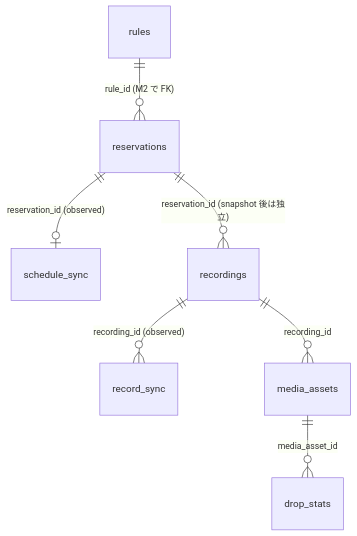
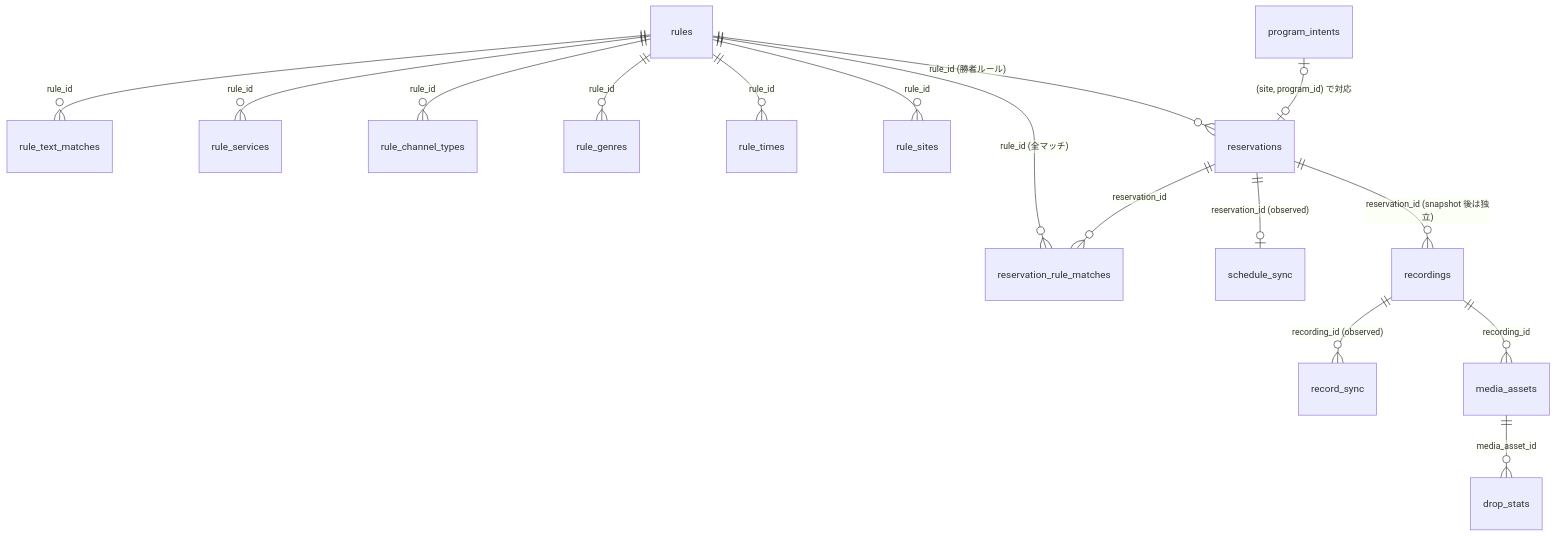
One commit to fetburner/rokuban changed the diagram in docs/schema.md. Above: the diagram before and after it, drawn with Mermaid. The commit also changed other lines of this file and 3 other files, not shown here.

````diff
--- a/docs/schema.md
+++ b/docs/schema.md
@@ -32,9 +32,18 @@
 ```mermaid
 erDiagram
-    rules ||--o{ reservations : "rule_id (M2 で FK)"
+    rules ||--o{ rule_text_matches : "rule_id"
+    rules ||--o{ rule_services : "rule_id"
+    rules ||--o{ rule_channel_types : "rule_id"
+    rules ||--o{ rule_genres : "rule_id"
+    rules ||--o{ rule_times : "rule_id"
+    rules ||--o{ rule_sites : "rule_id"
+    rules ||--o{ reservations : "rule_id (勝者ルール)"
+    rules ||--o{ reservation_rule_matches : "rule_id (全マッチ)"
+    reservations ||--o{ reservation_rule_matches : "reservation_id"
+    program_intents |o--o| reservations : "(site, program_id) で対応"
     reservations ||--o| schedule_sync : "reservation_id (observed)"
     reservations ||--o{ recordings : "reservation_id (snapshot 後は独立)"
     recordings ||--o{ record_sync : "recording_id (observed)"
     recordings ||--o{ media_assets : "recording_id"
     media_assets ||--o{ drop_stats : "media_asset_id"
 ```
````
